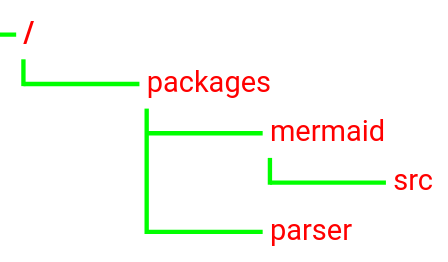
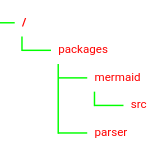
Before and after one commit to groovy-gorilla/tfx: the diagram in README.md, drawn with Mermaid.

````diff
--- a/README.md
+++ b/README.md
@@ -20,19 +20,19 @@
 ```mermaid
 ---
 ---
 config:
     treeView:
-        rowIndent: 80
-        lineThickness: 3
+        rowIndent: 20
+        lineThickness: 1
     themeVariables:
         treeView:
-            labelFontSize: '20px'
+            labelFontSize: '8px'
             labelColor: '#FF0000'
             lineColor: '#00FF00'
 ---
 treeView-beta
     "packages"
         "mermaid"
             "src"
         "parser"
 ```
````
